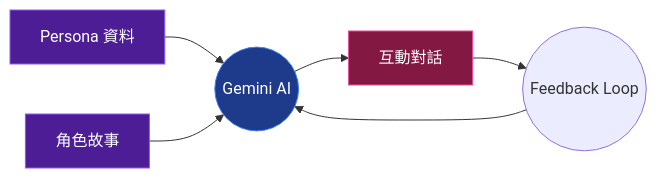
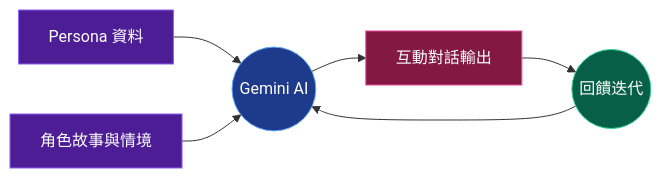
The first of 2 diagrams in slides.md (Clydinite/InfoSharingPlatform), drawn with Mermaid before and after one commit. The commit also changed other lines of this file, not shown here.

````diff
--- a/slides.md
+++ b/slides.md
@@ -317,12 +317,13 @@
 ```mermaid
 graph LR
     A[Persona 資料] --> C((Gemini AI))
-    B[角色故事] --> C
-    C --> D[互動對話]
-    D --> E((Feedback Loop))
+    B[角色故事與情境] --> C
+    C --> D[互動對話輸出]
+    D --> E((回饋迭代))
     E --> C
-    style C fill:#1e3a8a,stroke:#3b82f6,color:#fff
+    style C fill:#1e3a8a,stroke:#60a5fa,color:#fff
     style A fill:#4c1d95,stroke:#8b5cf6,color:#fff
     style B fill:#4c1d95,stroke:#8b5cf6,color:#fff
     style D fill:#831843,stroke:#ec4899,color:#fff
+    style E fill:#065f46,stroke:#34d399,color:#fff
 ```
````
